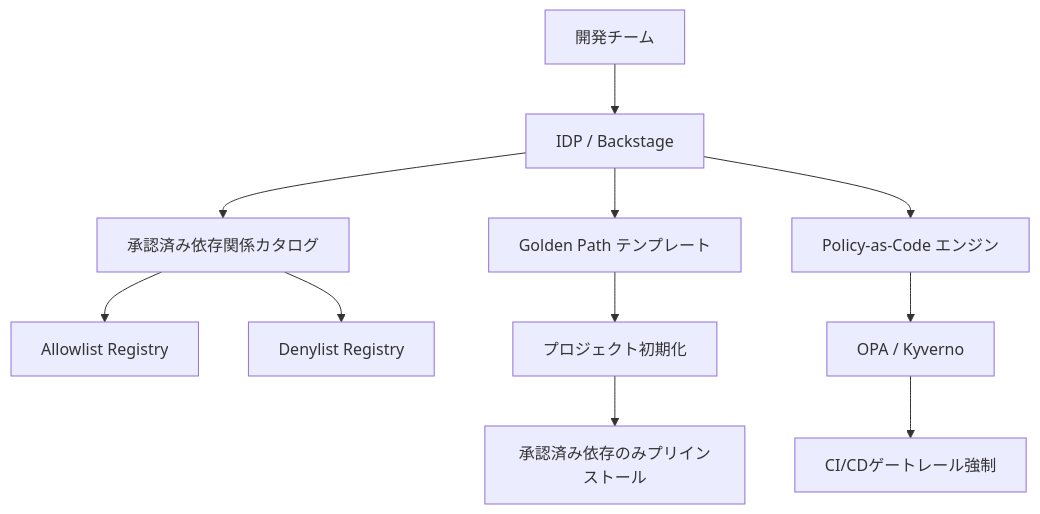
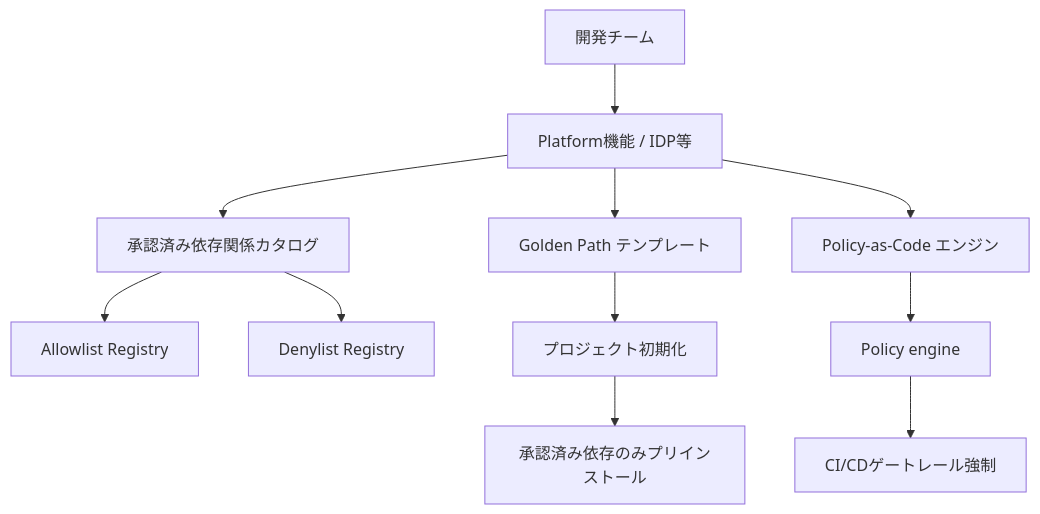
One commit to hiroyuki-miyauchi/axiarch changed the sixth of 7 diagrams in axiarch-rules/ja/universal/security/200_oss_compliance.md. Above: the diagram before and after it, drawn with Mermaid. The commit also changed other lines of this file and 46 other files, not shown here.

````diff
--- a/axiarch-rules/ja/universal/security/200_oss_compliance.md
+++ b/axiarch-rules/ja/universal/security/200_oss_compliance.md
@@ -1732,13 +1816,13 @@
 ```mermaid
 flowchart TD
-    A[開発チーム] --> B[IDP / Backstage]
+    A[開発チーム] --> B[Platform機能 / IDP等]
     B --> C[承認済み依存関係カタログ]
     C --> D[Allowlist Registry]
     C --> E[Denylist Registry]
     B --> F[Golden Path テンプレート]
     F --> G[プロジェクト初期化]
     G --> H[承認済み依存のみプリインストール]
     B --> I[Policy-as-Code エンジン]
-    I --> J[OPA / Kyverno]
+    I --> J[Policy engine]
     J --> K[CI/CDゲートレール強制]
 ```
````
